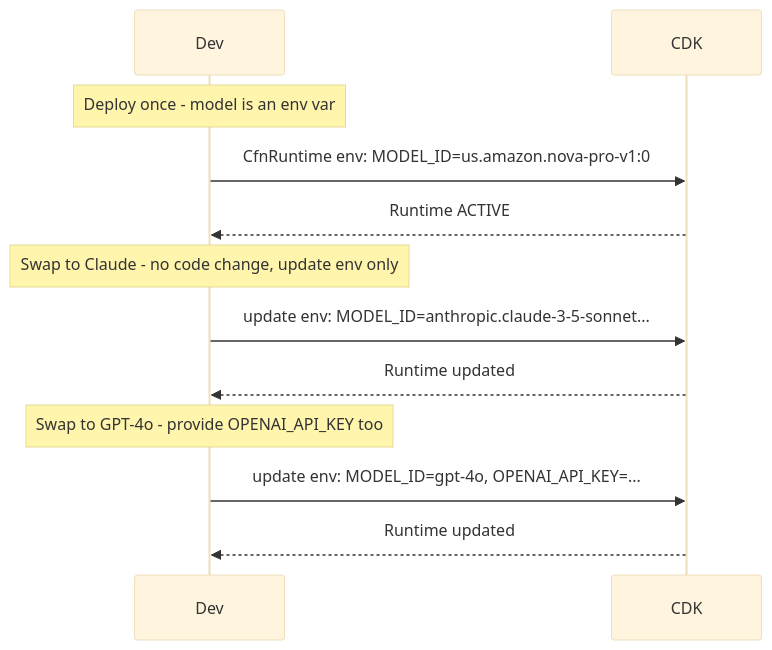
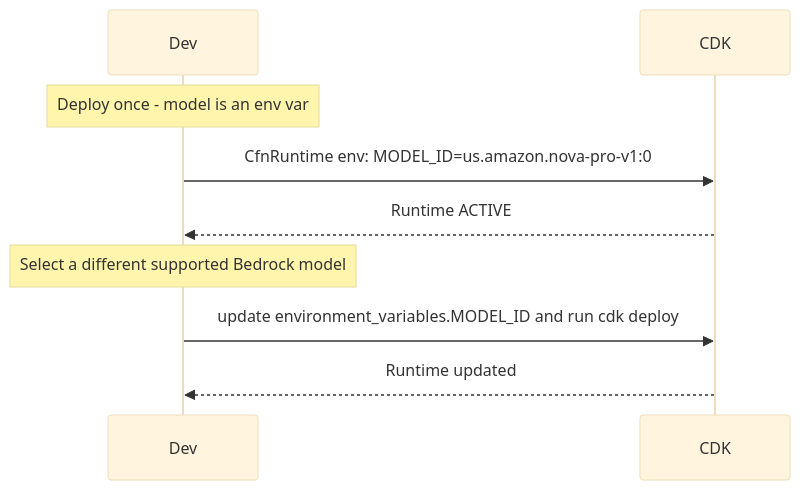
The second of 3 diagrams in 01-runtime/010-runtime-any-model/README.md (anveshmuppeda/agents-on-aws), drawn with Mermaid (base theme) before and after one commit. The commit also changed other lines of this file and 38 other files, not shown here.

````diff
--- a/01-runtime/010-runtime-any-model/README.md
+++ b/01-runtime/010-runtime-any-model/README.md
@@ -75,17 +77,13 @@
 ```mermaid
 sequenceDiagram
     participant Dev
     participant CDK
 
     note over Dev: Deploy once  -  model is an env var
     Dev ->> CDK : CfnRuntime env: MODEL_ID=us.amazon.nova-pro-v1:0
     CDK -->> Dev : Runtime ACTIVE
 
-    note over Dev: Swap to Claude  -  no code change, update env only
-    Dev ->> CDK : update env: MODEL_ID=anthropic.claude-3-5-sonnet...
-    CDK -->> Dev : Runtime updated
-
-    note over Dev: Swap to GPT-4o  -  provide OPENAI_API_KEY too
-    Dev ->> CDK : update env: MODEL_ID=gpt-4o, OPENAI_API_KEY=...
+    note over Dev: Select a different supported Bedrock model
+    Dev ->> CDK : update environment_variables.MODEL_ID and run cdk deploy
     CDK -->> Dev : Runtime updated
 ```
````
